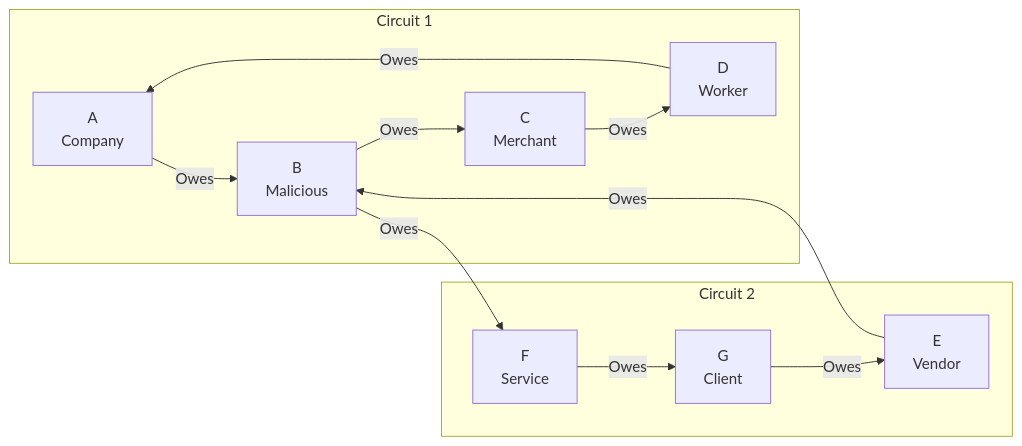
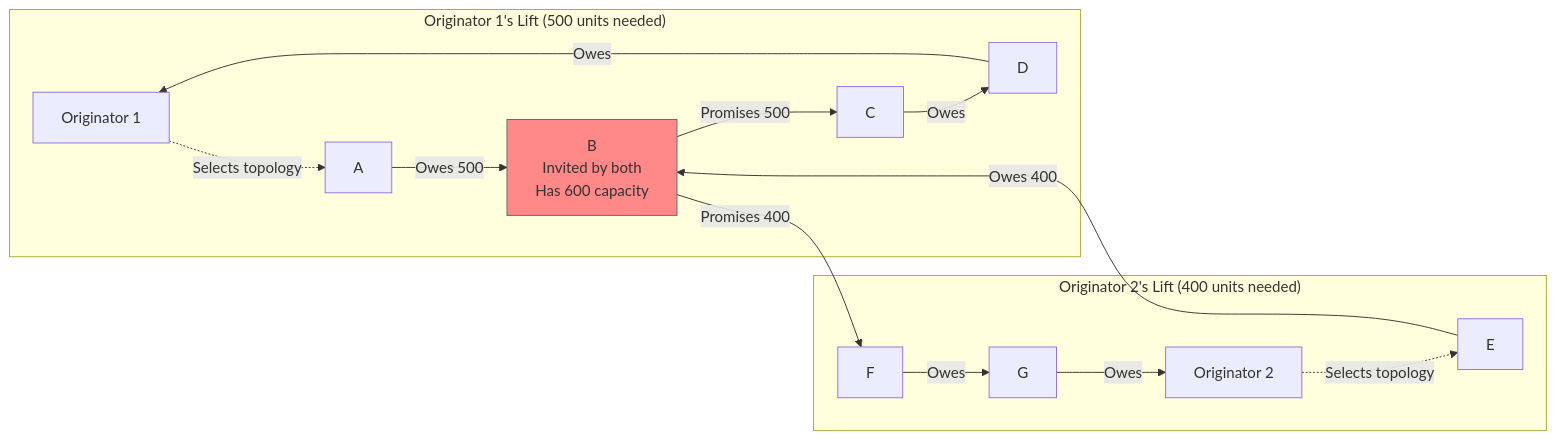
Before and after one commit to gotchoices/MyCHIPs: the second of 2 diagrams in test/analysis/byzantine/attacks/double-commit.md, drawn with Mermaid. The commit also changed other lines of this file and 5 other files, not shown here.

````diff
--- a/test/analysis/byzantine/attacks/double-commit.md
+++ b/test/analysis/byzantine/attacks/double-commit.md
@@ -37,16 +103,20 @@
 ```mermaid
 graph LR
-    subgraph "Circuit 1"
-    A1[A<br/>Company] -->|"Owes"| B[B<br/>Malicious]
-    B -->|"Owes"| C1[C<br/>Merchant]
-    C1 -->|"Owes"| D1[D<br/>Worker]
-    D1 -->|"Owes"| A1
+    subgraph "Originator 1's Lift (500 units needed)"
+    O1[Originator 1] -.->|"Selects topology"| A1[A]
+    A1 -->|"Owes 500"| B[B<br/>Invited by both<br/>Has 600 capacity]
+    B -->|"Promises 500"| C1[C]
+    C1 -->|"Owes"| D1[D]
+    D1 -->|"Owes"| O1
     end
     
-    subgraph "Circuit 2"
-    A2[E<br/>Vendor] -->|"Owes"| B
-    B -->|"Owes"| C2[F<br/>Service]
-    C2 -->|"Owes"| D2[G<br/>Client]
-    D2 -->|"Owes"| A2
+    subgraph "Originator 2's Lift (400 units needed)"
+    O2[Originator 2] -.->|"Selects topology"| A2[E]
+    A2 -->|"Owes 400"| B
+    B -->|"Promises 400"| C2[F]
+    C2 -->|"Owes"| D2[G]
+    D2 -->|"Owes"| O2
     end
+    
+    style B fill:#f88,stroke:#666
 ```
````
